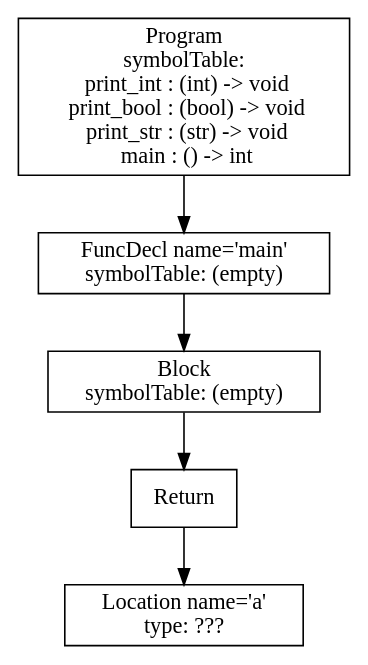
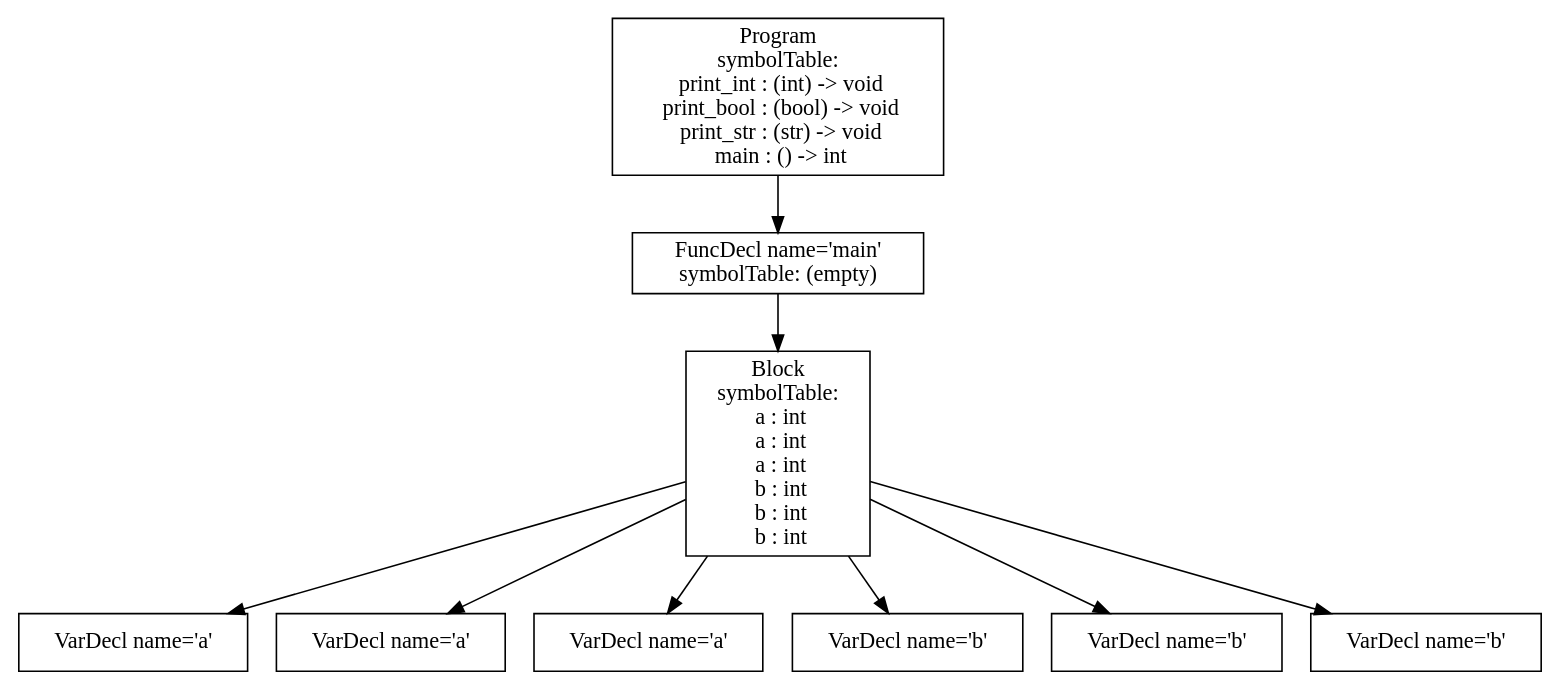
One commit to purejerome/cs432_project changed the diagram in p3-analysis/tree.dot. Above: the diagram before and after it, drawn with Graphviz. The commit also changed 8 other files, not shown here.

```diff
--- a/p3-analysis/tree.dot
+++ b/p3-analysis/tree.dot
@@ -1,11 +1,19 @@
 digraph AST {
-4 [shape=box, label="Location name='a'\ntype: ???"];
-3 [shape=box, label="Return"];
-3 -> 4;
-2 [shape=box, label="Block\nsymbolTable: (empty)"];
+3 [shape=box, label="VarDecl name='a'"];
+4 [shape=box, label="VarDecl name='a'"];
+5 [shape=box, label="VarDecl name='a'"];
+6 [shape=box, label="VarDecl name='b'"];
+7 [shape=box, label="VarDecl name='b'"];
+8 [shape=box, label="VarDecl name='b'"];
+2 [shape=box, label="Block\nsymbolTable: \n  a : int\n  a : int\n  a : int\n  b : int\n  b : int\n  b : int"];
 2 -> 3;
+2 -> 4;
+2 -> 5;
+2 -> 6;
+2 -> 7;
+2 -> 8;
 1 [shape=box, label="FuncDecl name='main'\nsymbolTable: (empty)"];
 1 -> 2;
 0 [shape=box, label="Program\nsymbolTable: \n  print_int : (int) -> void\n  print_bool : (bool) -> void\n  print_str : (str) -> void\n  main : () -> int"];
 0 -> 1;
 }
```
